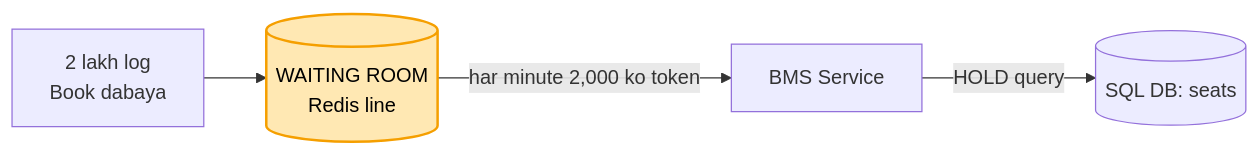
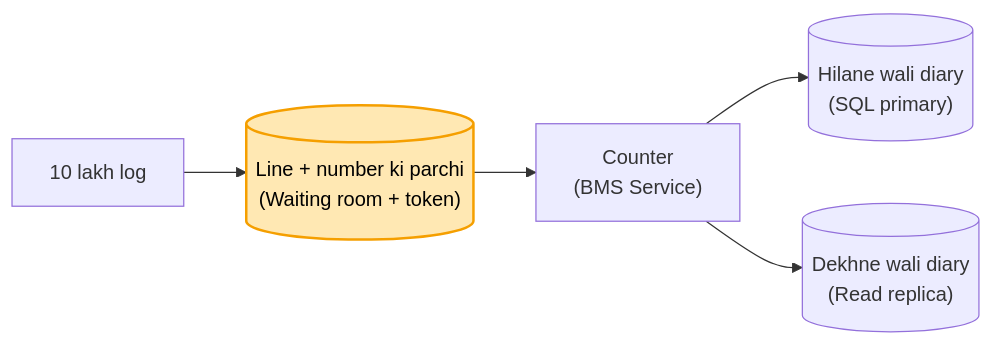
One commit to ArpanMaheshwari144/Prep changed the third of 4 diagrams in 04_HLD/SYSTEM_DESIGNS/09_bookmyshow/09_bookmyshow.md. Above: the diagram before and after it, drawn with Mermaid. The commit also changed other lines of this file and 13 other files, not shown here.

````diff
--- a/04_HLD/SYSTEM_DESIGNS/09_bookmyshow/09_bookmyshow.md
+++ b/04_HLD/SYSTEM_DESIGNS/09_bookmyshow/09_bookmyshow.md
@@ -226,7 +99,8 @@
 ```mermaid
 flowchart LR
-    B["2 lakh log<br/>Book dabaya"] --> W[("WAITING ROOM<br/>Redis line")]
-    W -- "har minute 2,000 ko token" --> S["BMS Service"]
-    S -- "HOLD query" --> D[("SQL DB: seats")]
+    U["10 lakh log"] --> W[("Line + number ki parchi<br/>(Waiting room + token)")]
+    W --> S["Counter<br/>(BMS Service)"]
+    S --> P[("Hilane wali diary<br/>(SQL primary)")]
+    S --> R[("Dekhne wali diary<br/>(Read replica)")]
     style W fill:#ffe8b3,stroke:#f59f00,stroke-width:2px,color:#000
 ```
````
